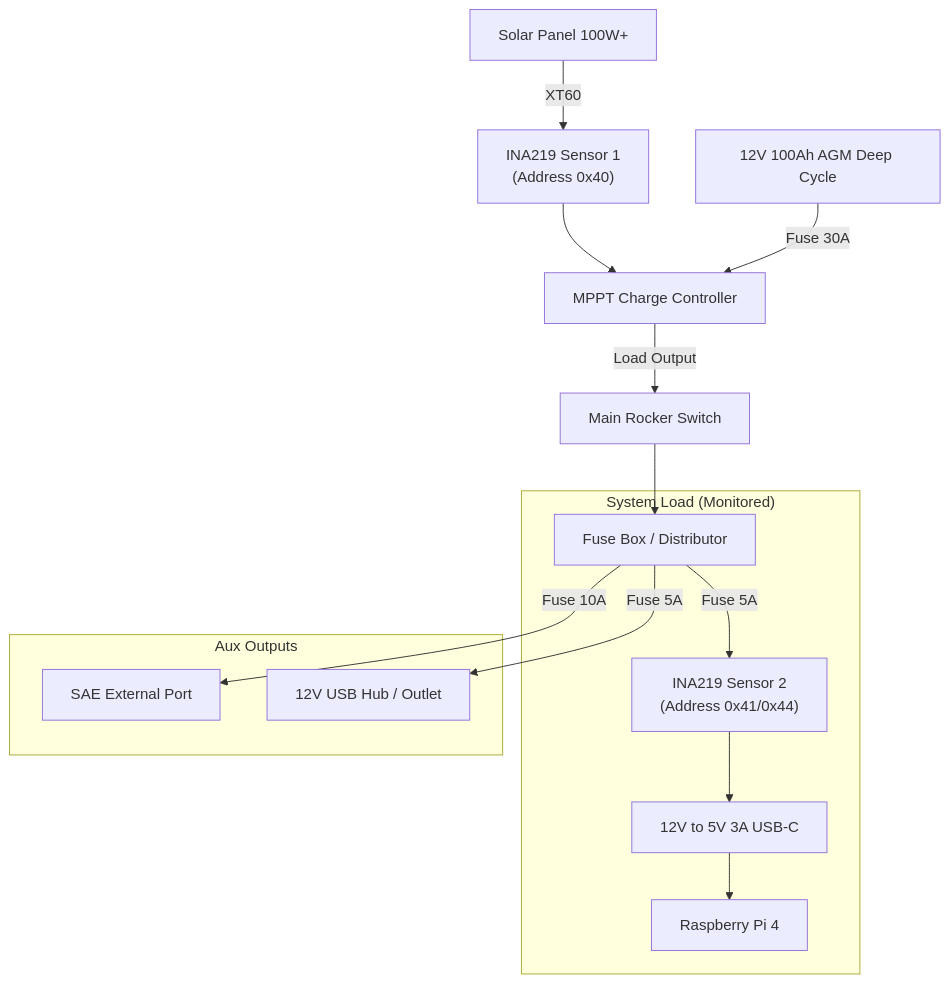
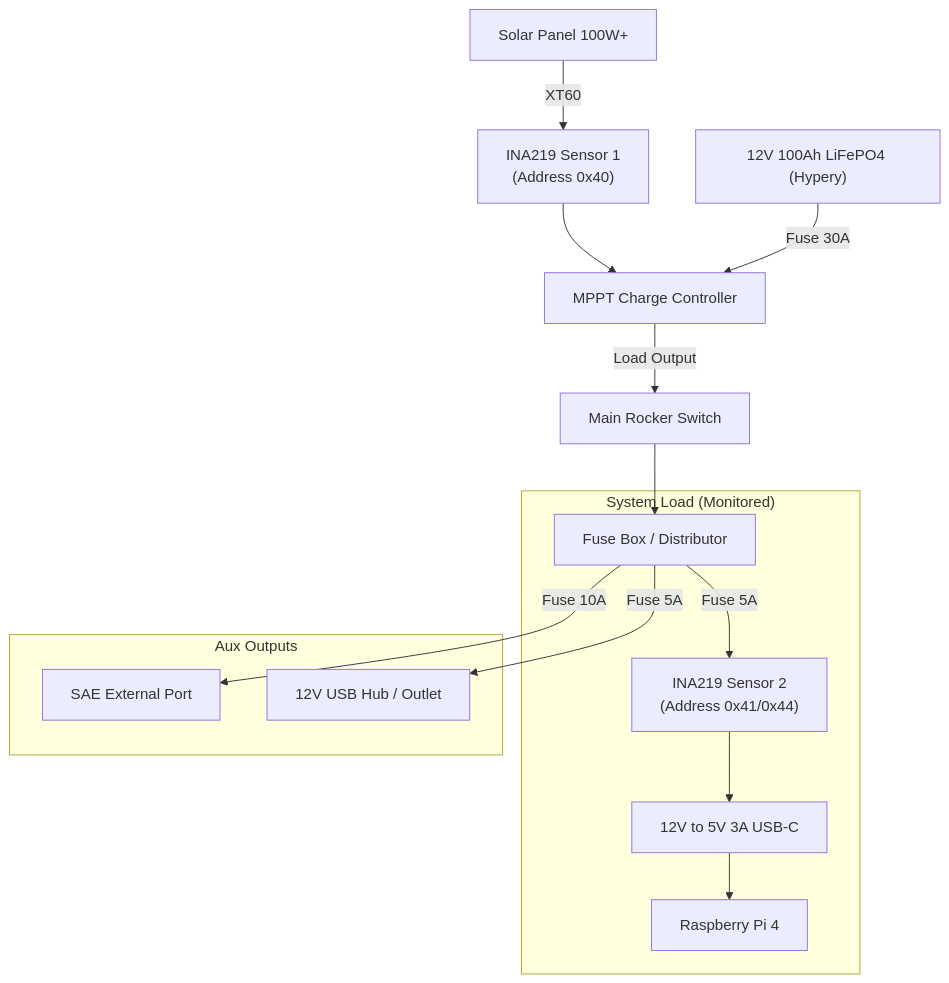
One commit to CPlusPlus17/LeReduit changed the diagram in docs/wiring_schema.md. Above: the diagram before and after it, drawn with Mermaid. The commit also changed 4 other files, not shown here.

Commit message:
feat: Upgrade power system from AGM battery to LiFePO4 battery and Victron SmartSolar MPPT controller.

````diff
--- a/docs/wiring_schema.md
+++ b/docs/wiring_schema.md
@@ -10,21 +10,21 @@
 ```mermaid
 graph TD
     Solar["Solar Panel 100W+"] -- XT60 --> INA_Solar["INA219 Sensor 1<br>(Address 0x40)"]
     INA_Solar --> MPPT[MPPT Charge Controller]
     
-    Battery["12V 100Ah AGM Deep Cycle"] -- Fuse 30A --> MPPT
+    Battery["12V 100Ah LiFePO4 (Hypery)"] -- Fuse 30A --> MPPT
     
     MPPT -- Load Output --> MainSwitch[Main Rocker Switch]
     MainSwitch --> FuseBox["Fuse Box / Distributor"]
     
     subgraph "System Load (Monitored)"
         FuseBox -- Fuse 5A --> INA_Sys["INA219 Sensor 2<br>(Address 0x41/0x44)"]
         INA_Sys --> Buck["12V to 5V 3A USB-C"]
         Buck --> Pi[Raspberry Pi 4]
     end
     
     subgraph "Aux Outputs"
         FuseBox -- Fuse 10A --> SAE[SAE External Port]
         FuseBox -- Fuse 5A --> USB_Hub["12V USB Hub / Outlet"]
     end
 ```
````
